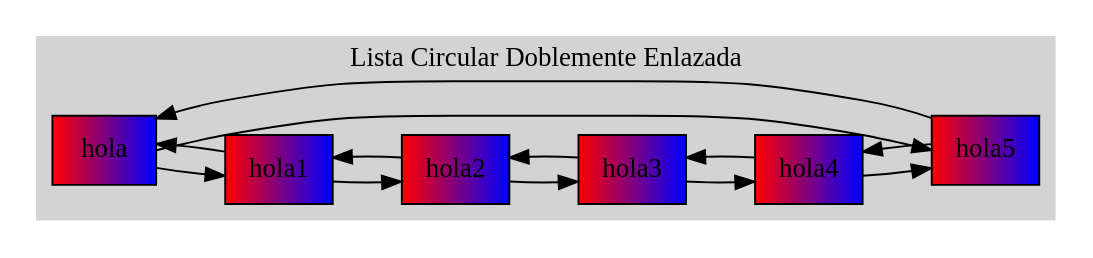
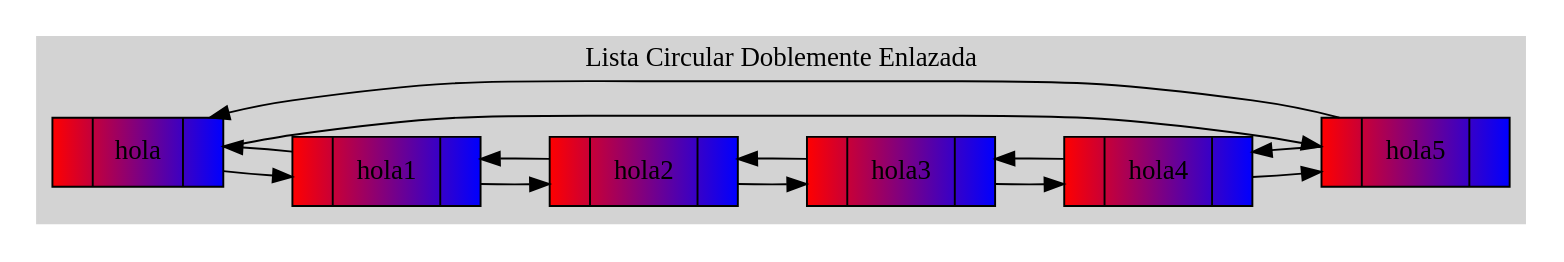
One commit to Tiago-130414/EDD_1S2019_P1_201313722 changed the diagram in graficaLCD.dot. Above: the diagram before and after it, drawn with Graphviz. The commit also changed 21 other files, not shown here.

```diff
--- a/graficaLCD.dot
+++ b/graficaLCD.dot
@@ -1,28 +1,28 @@
 digraph{
 rankdir=LR;
 labelloc="t";
 subgraph cluster_0{
 style=filled;
 color = lightgrey;
-node[shape=rectangle];
-Nodohola[label="hola"style = filled, fillcolor = "red:blue"];
-Nodohola1[label="hola1"style = filled, fillcolor = "red:blue"];
-Nodohola2[label="hola2"style = filled, fillcolor = "red:blue"];
-Nodohola3[label="hola3"style = filled, fillcolor = "red:blue"];
-Nodohola4[label="hola4"style = filled, fillcolor = "red:blue"];
-Nodohola5[label="hola5"style = filled, fillcolor = "red:blue"];
+node[shape=record];
+Nodohola[label="{ |hola| }"style = filled, fillcolor = "red:blue"];
+Nodohola1[label="{ |hola1| }"style = filled, fillcolor = "red:blue"];
+Nodohola2[label="{ |hola2| }"style = filled, fillcolor = "red:blue"];
+Nodohola3[label="{ |hola3| }"style = filled, fillcolor = "red:blue"];
+Nodohola4[label="{ |hola4| }"style = filled, fillcolor = "red:blue"];
+Nodohola5[label="{ |hola5| }"style = filled, fillcolor = "red:blue"];
 Nodohola->Nodohola1;
 Nodohola1->Nodohola;
 Nodohola1->Nodohola2;
 Nodohola2->Nodohola1;
 Nodohola2->Nodohola3;
 Nodohola3->Nodohola2;
 Nodohola3->Nodohola4;
 Nodohola4->Nodohola3;
 Nodohola4->Nodohola5;
 Nodohola5->Nodohola4;
 Nodohola5->Nodohola;
 Nodohola->Nodohola5;
 label = "Lista Circular Doblemente Enlazada";
 }
 }
```
